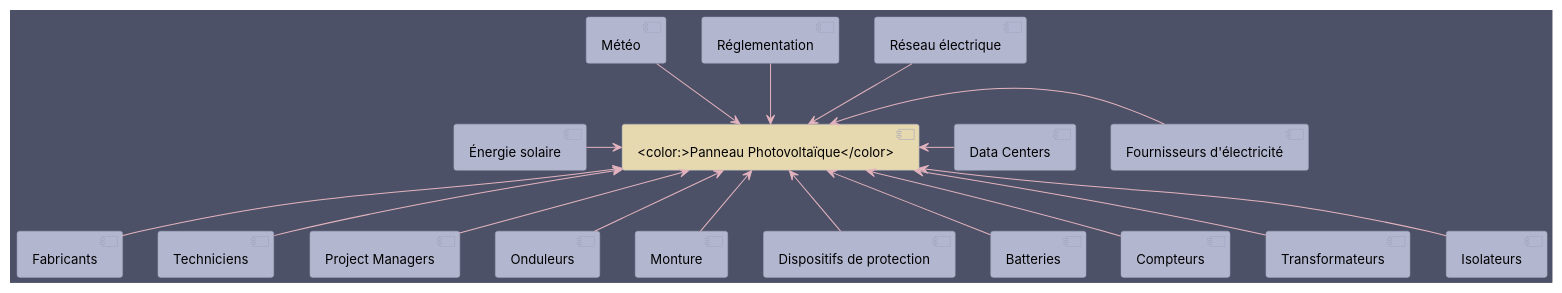
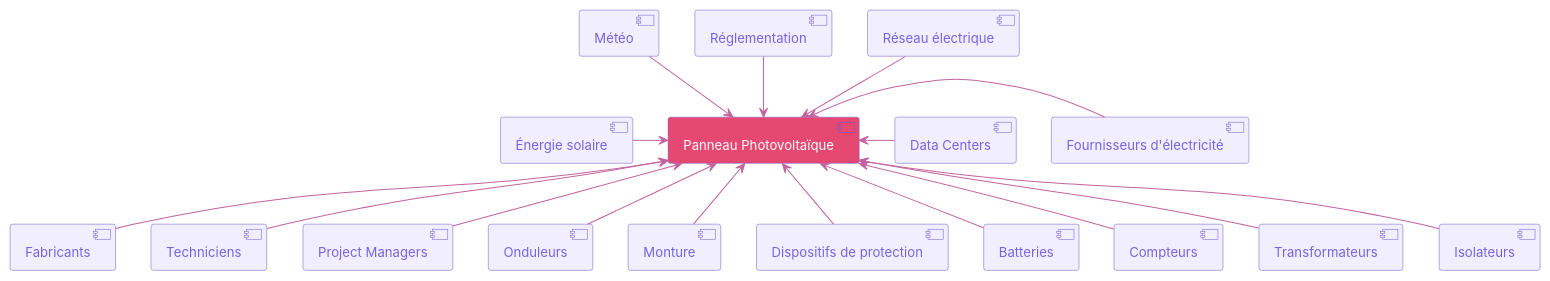
Before and after one commit to samidare-co/ingenierie-panneau-solaire: the diagram in diagramme_de_contexte.puml, drawn with PlantUML. The commit also changed 1 other file, not shown here.

Commit message:
refactor : diagramme de contexte violet magenta

```diff
--- a/diagramme_de_contexte.puml
+++ b/diagramme_de_contexte.puml
@@ -2,37 +1,39 @@
 @startuml
-skinparam backgroundColor #4C5167
+skinparam backgroundColor white
 
 skinparam component {
   FontSize 13
-  BackgroundColor<<Apache>> #E6D8AF
-  BorderColor<<Apache>> #E6D97B
+  BackgroundColor<<Apache>> #F0EEFF
+  BorderColor<<Apache>> #FFC57A
   FontName Inter
-  BorderColor #9FA3BA
-  BackgroundColor #B2B6CF
+FontColor #7664E1
+  BorderColor #7359CC
+
+  BackgroundColor #F0EEFF
   ArrowFontName Impact
 
-  ArrowColor #E3B3BE
+  ArrowColor #C363A0
   ArrowFontColor #777777
 }
-[A] as "<color:>Panneau Photovoltaïque</color>" #E6D8AF
+[A] as "<color:white>Panneau Photovoltaïque</color>" #E54871
 
 
 [Énergie solaire] -right-> [A]
 [Fournisseurs d'électricité] -left-> [A]
 [Data Centers] -left-> [A]
 
 [Météo] -down-> [A]
 [Réglementation] -down-> [A]
 [Réseau électrique] -down-> [A]
 [Fabricants] -up-> [A]
 [Techniciens] -up-> [A]
 [Project Managers] -up-> [A]
 [Onduleurs] -up-> [A]
 [Monture] -up-> [A]
 [Dispositifs de protection] -up-> [A]
 [Batteries] -up-> [A]
 [Compteurs] -up-> [A]
 [Transformateurs] -up-> [A]
 [Isolateurs] -up-> [A]
 
 @enduml
```
